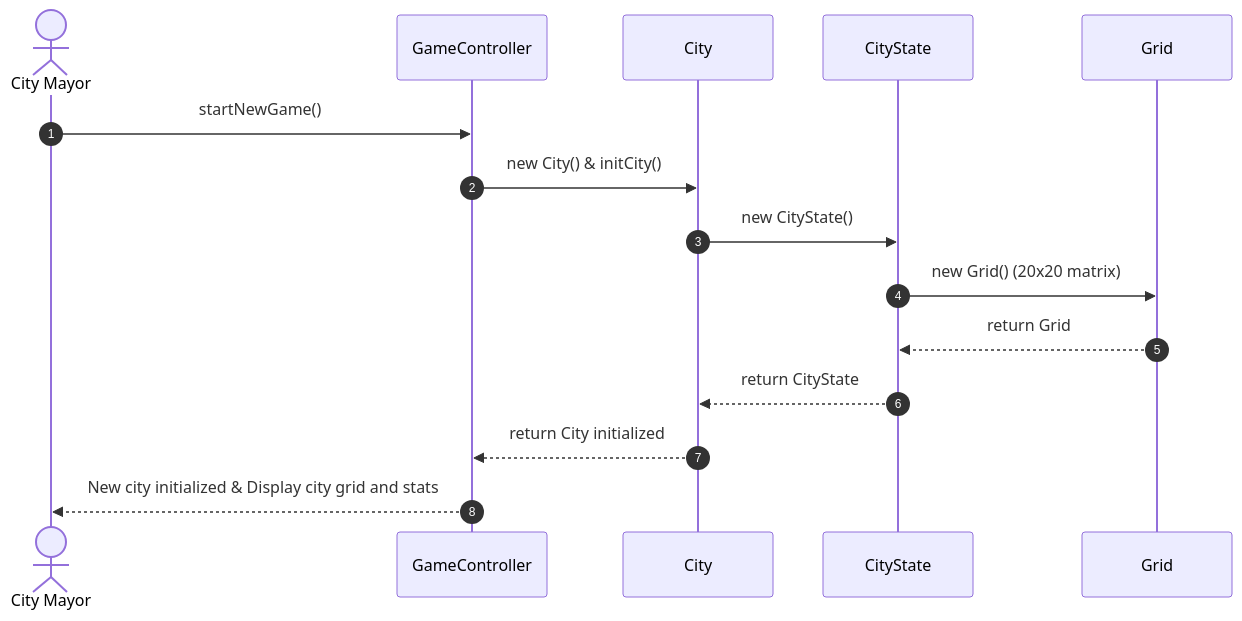
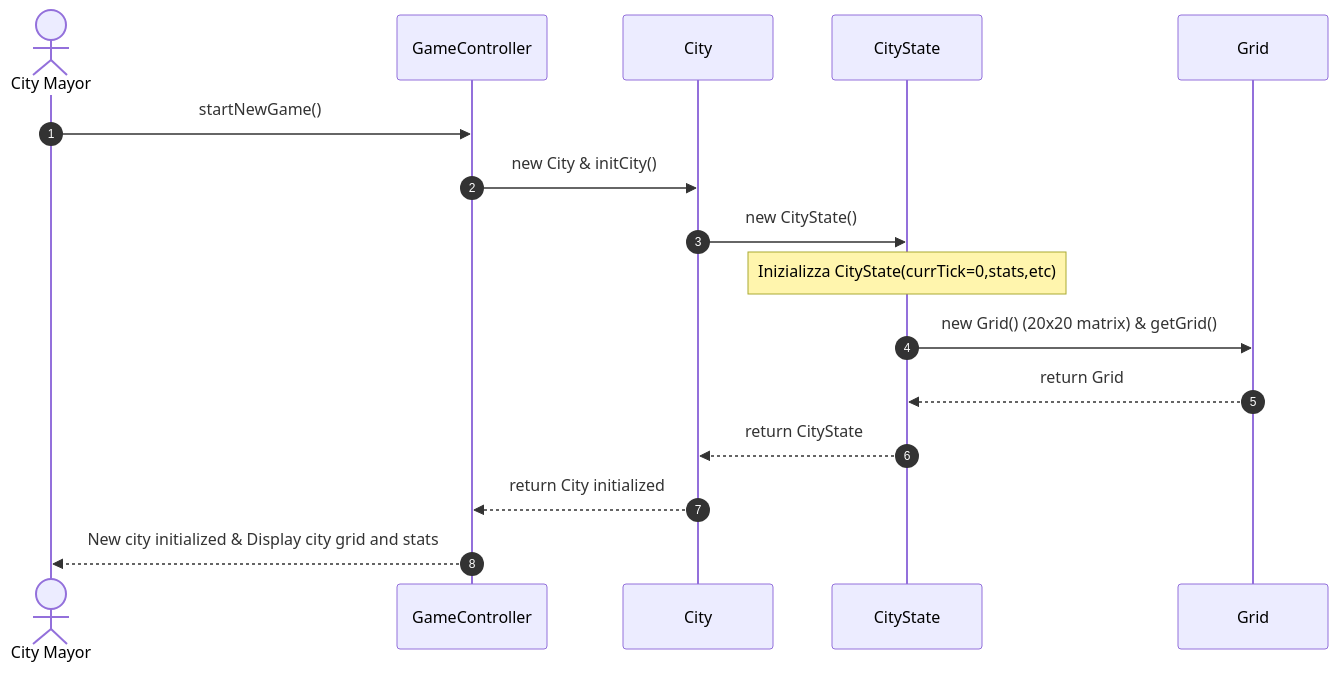
One commit to andreatoson3-netizen/Amatriciana changed the diagram in docs/INTERNAL-SEQUENCE-DIAGRAM/isd-initialize-city.md. Above: the diagram before and after it, drawn with Mermaid.

````diff
--- a/docs/INTERNAL-SEQUENCE-DIAGRAM/isd-initialize-city.md
+++ b/docs/INTERNAL-SEQUENCE-DIAGRAM/isd-initialize-city.md
@@ -1,19 +1,20 @@
 ```mermaid
 sequenceDiagram
     autonumber
     actor Mayor as City Mayor
     participant Controller as GameController
     participant CityObj as City
     participant State as CityState
     participant TheGrid as Grid
 
     
     Mayor->>Controller: startNewGame()
-    Controller->>CityObj: new City() & initCity()
+    Controller->>CityObj:  new City & initCity()
     CityObj->>State: new CityState()
-    State->>TheGrid: new Grid() (20x20 matrix)
+    Note over State:Inizializza CityState(currTick=0,stats,etc)
+    State->>TheGrid: new Grid() (20x20 matrix) & getGrid()
     TheGrid-->>State: return Grid
     State-->>CityObj: return CityState
     CityObj-->>Controller: return City initialized
     Controller-->>Mayor: New city initialized & Display city grid and stats
 ```
````
